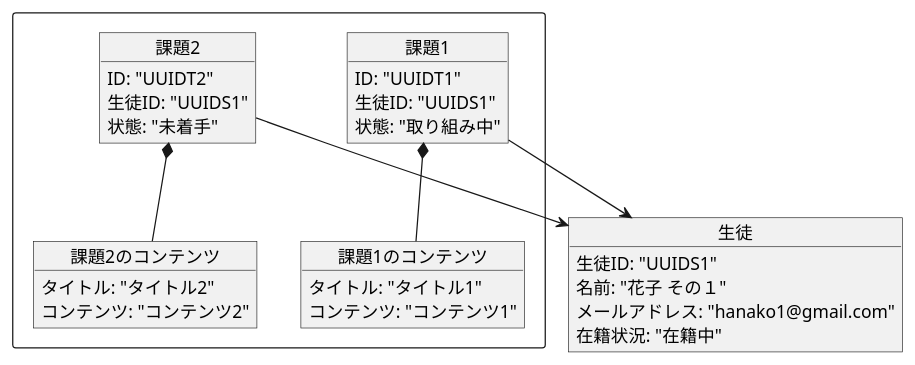
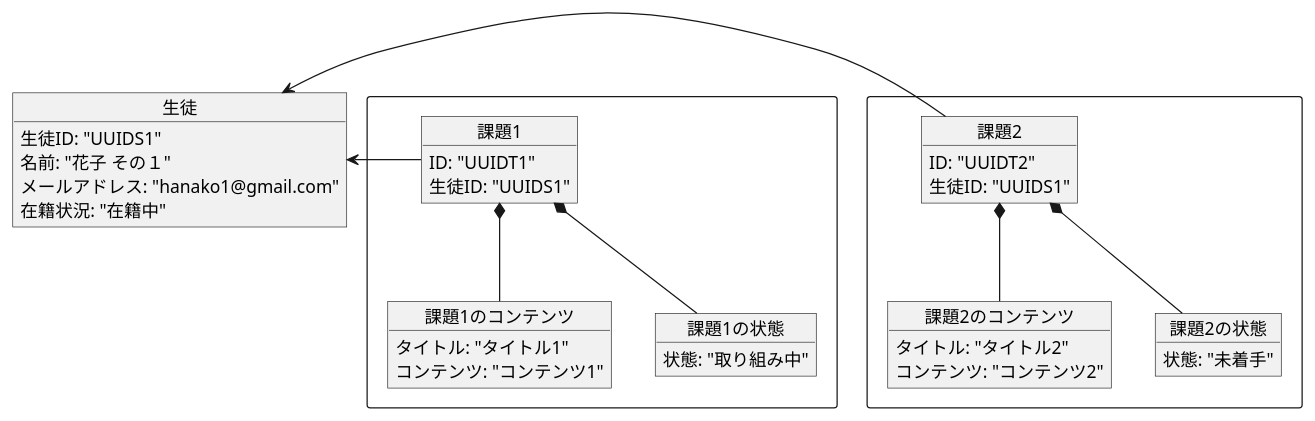
One commit to yooooooooh/ddd-sample changed the diagram in doc/object-task-management.pu. Above: the diagram before and after it, drawn with PlantUML. The commit also changed 2 other files, not shown here.

```diff
--- a/doc/object-task-management.pu
+++ b/doc/object-task-management.pu
@@ -1,46 +1,57 @@
 @startuml object
 
 ' オブジェクト図は
 ' ユーザーの要求に対するシステムの振る舞いを定義する図です。
 ' サンプルコードP18
 
 rectangle {
     object "課題1" as TaskActivity1 {
         ID: "UUIDT1"
         生徒ID: "UUIDS1"
-        状態: "取り組み中"
     }
 
     object "課題1のコンテンツ" as TaskContent1 {
         タイトル: "タイトル1"
         コンテンツ: "コンテンツ1"
     }
 
+    object "課題1の状態" as TaskStatus1 {
+        状態: "取り組み中"
+    }
+
     TaskActivity1 *-- TaskContent1
+    TaskActivity1 *-- TaskStatus1
+}
 
+rectangle {
     object "課題2" as TaskActivity2 {
         ID: "UUIDT2"
         生徒ID: "UUIDS1"
-        状態: "未着手"
     }
 
     object "課題2のコンテンツ" as TaskContent2 {
         タイトル: "タイトル2"
         コンテンツ: "コンテンツ2"
     }
 
+    object "課題2の状態" as TaskStatus2 {
+        状態: "未着手"
+    }
+
     TaskActivity2 *-- TaskContent2
+    TaskActivity2 *-- TaskStatus2
 }
+
 
 
 object "生徒" as Student1 {
     生徒ID: "UUIDS1"
     名前: "花子 その１"
     メールアドレス: "hanako1@gmail.com"
     在籍状況: "在籍中"
 }
 
-TaskActivity1 --> Student1
-TaskActivity2 --> Student1
+TaskActivity1 -left-> Student1
+TaskActivity2 -left-> Student1
 
 @enduml
```
